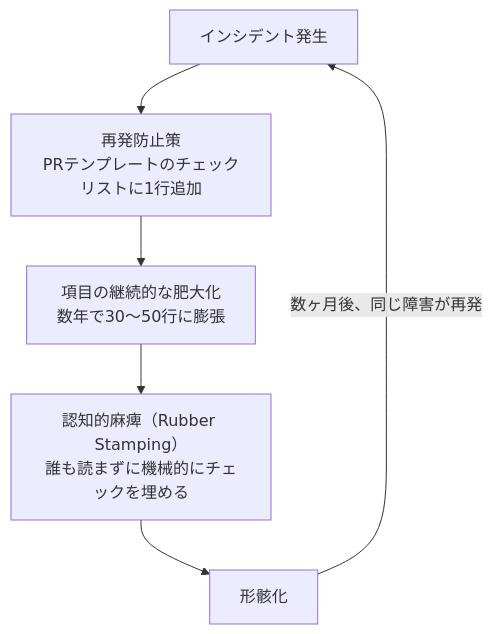
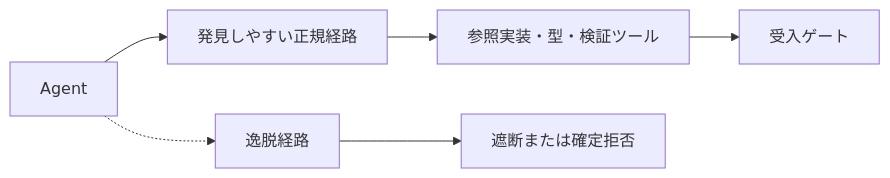
Before and after one commit to hamatz/agent-harness-kit: the fourth of 11 diagrams in docs/paper.md, drawn with Mermaid. The commit also changed other lines of this file and 15 other files, not shown here.

````diff
--- a/docs/paper.md
+++ b/docs/paper.md
@@ -376,8 +205,8 @@
 ```mermaid
-flowchart TB
-  A["インシデント発生"] --> B["再発防止策<br/>PRテンプレートのチェックリストに1行追加"]
-  B --> C["項目の継続的な肥大化<br/>数年で30〜50行に膨張"]
-  C --> D["認知的麻痺（Rubber Stamping）<br/>誰も読まずに機械的にチェックを埋める"]
-  D --> E["形骸化"]
-  E -->|"数ヶ月後、同じ障害が再発"| A
+flowchart LR
+  A[Agent] --> B[発見しやすい正規経路]
+  B --> C[参照実装・型・検証ツール]
+  C --> D[受入ゲート]
+  A -.-> E[逸脱経路]
+  E --> F[遮断または確定拒否]
 ```
````
